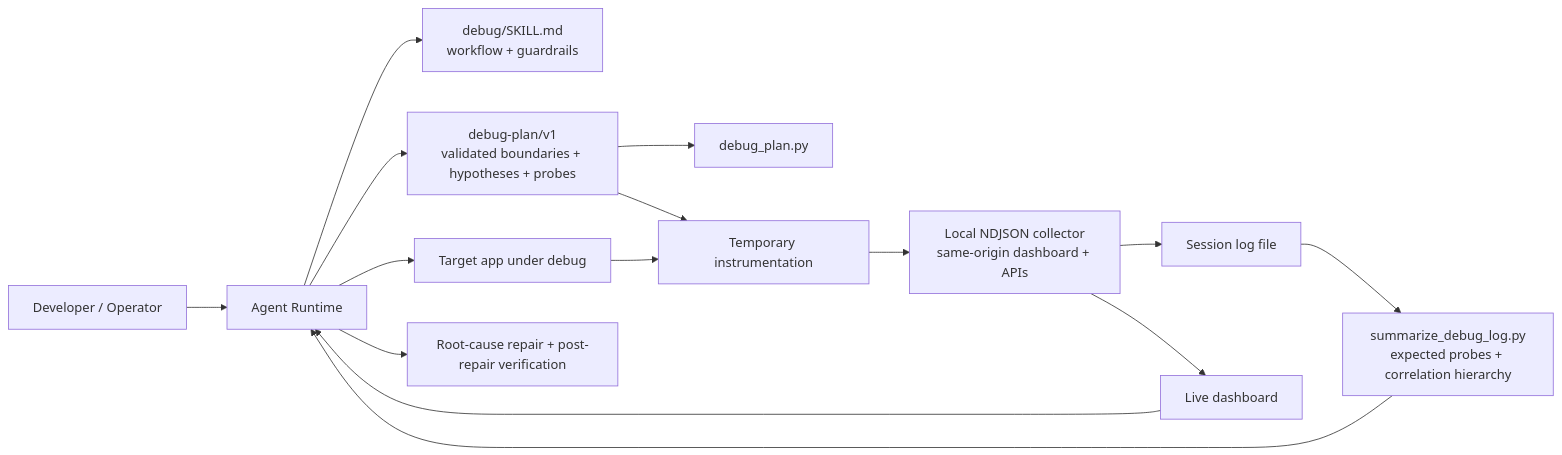
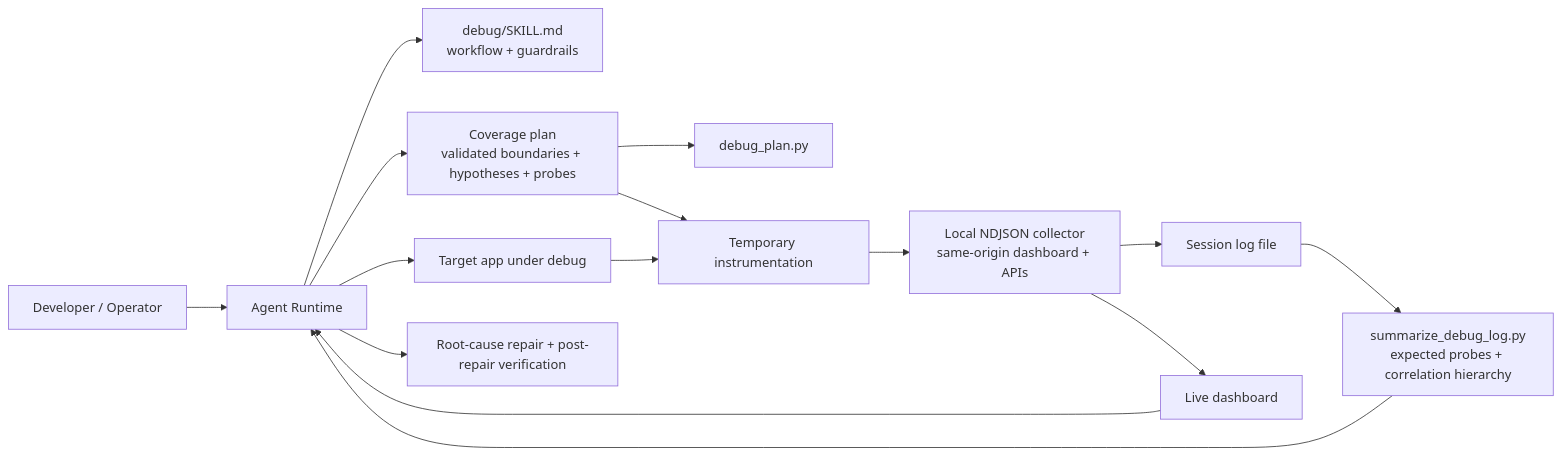
The diagram in README.md (JUNERDD/skills), drawn with Mermaid before and after one commit. The commit also changed other lines of this file and 11 other files, not shown here.

First line of the commit message:
refactor(debug): update references from debug-plan/v1 to coverage-plan

````diff
--- a/README.md
+++ b/README.md
@@ -407,17 +407,17 @@
 ```mermaid
 flowchart LR
   User["Developer / Operator"] --> Agent["Agent Runtime"]
   Agent --> Skill["debug/SKILL.md<br/>workflow + guardrails"]
-  Agent --> Plan["debug-plan/v1<br/>validated boundaries + hypotheses + probes"]
+  Agent --> Plan["Coverage plan<br/>validated boundaries + hypotheses + probes"]
   Plan --> Validator["debug_plan.py"]
   Plan --> Logs["Temporary instrumentation"]
   Agent --> App["Target app under debug"]
   Logs --> Collector["Local NDJSON collector<br/>same-origin dashboard + APIs"]
   App --> Logs
   Collector --> File["Session log file"]
   Collector --> UI["Live dashboard"]
   File --> Summary["summarize_debug_log.py<br/>expected probes + correlation hierarchy"]
   Summary --> Agent
   UI --> Agent
   Agent --> Repair["Root-cause repair + post-repair verification"]
 ```
````
